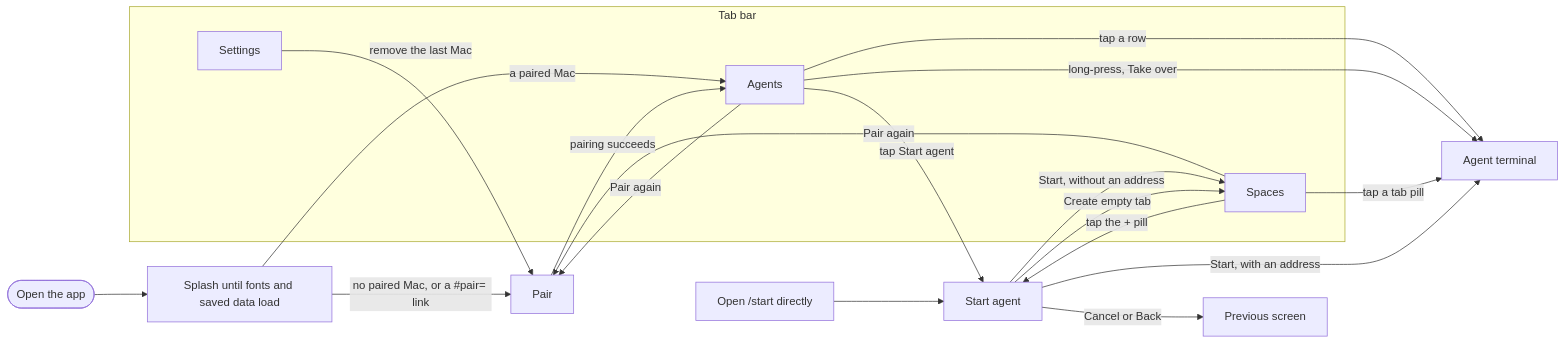
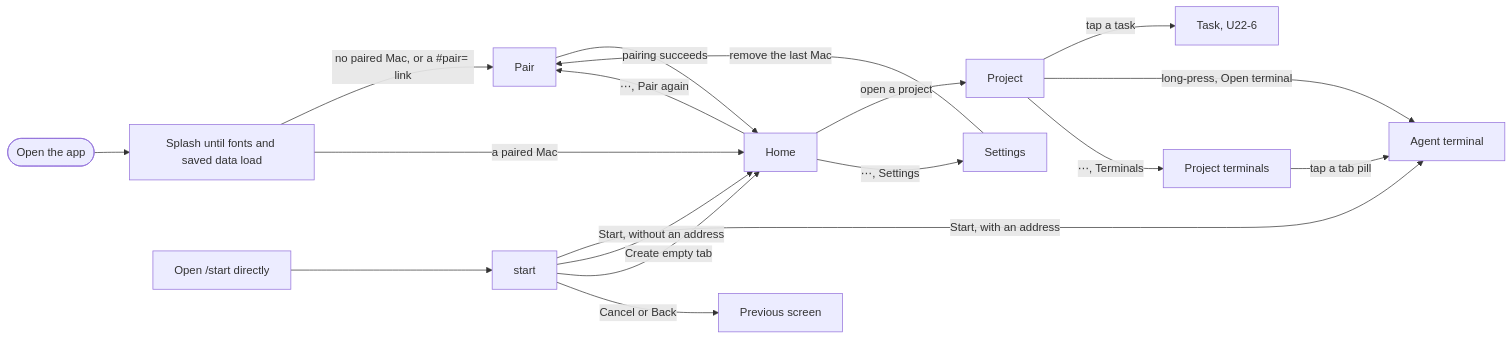
The diagram in docs/feature-map.md (0xroylee/herdr-mobile-app), drawn with Mermaid before and after one commit. The commit also changed other lines of this file and 67 other files, not shown here.

First line of the commit message:
Replace the tabs with Home and project screens (U22-4, draft)

````diff
--- a/docs/feature-map.md
+++ b/docs/feature-map.md
@@ -22,25 +22,20 @@
 ```mermaid
 flowchart LR
   open([Open the app]) --> splash["Splash until fonts and saved data load"]
   splash -->|"no paired Mac, or a #pair= link"| pair[Pair]
-  splash -->|"a paired Mac"| agents
-  pair -->|"pairing succeeds"| agents
-  subgraph tabs [Tab bar]
-    agents[Agents]
-    spaces[Spaces]
-    settings[Settings]
-  end
-  agents -->|"tap a row"| term[Agent terminal]
-  agents -->|"long-press, Take over"| term
-  agents -->|"tap Start agent"| start[Start agent]
-  spaces -->|"tap a tab pill"| term
-  spaces -->|"tap the + pill"| start
+  splash -->|"a paired Mac"| home[Home]
+  pair -->|"pairing succeeds"| home
+  home -->|"open a project"| project[Project]
+  home -->|"⋯, Settings"| settings[Settings]
+  home -->|"⋯, Pair again"| pair
+  project -->|"tap a task"| task[Task, U22-6]
+  project -->|"long-press, Open terminal"| term[Agent terminal]
+  project -->|"⋯, Terminals"| terminals[Project terminals]
+  terminals -->|"tap a tab pill"| term
   direct["Open /start directly"] --> start
   start -->|"Start, with an address"| term
-  start -->|"Start, without an address"| spaces
-  start -->|"Create empty tab"| spaces
+  start -->|"Start, without an address"| home
+  start -->|"Create empty tab"| home
   start -->|"Cancel or Back"| previous[Previous screen]
-  agents -->|"Pair again"| pair
-  spaces -->|"Pair again"| pair
   settings -->|"remove the last Mac"| pair
 ```
````
